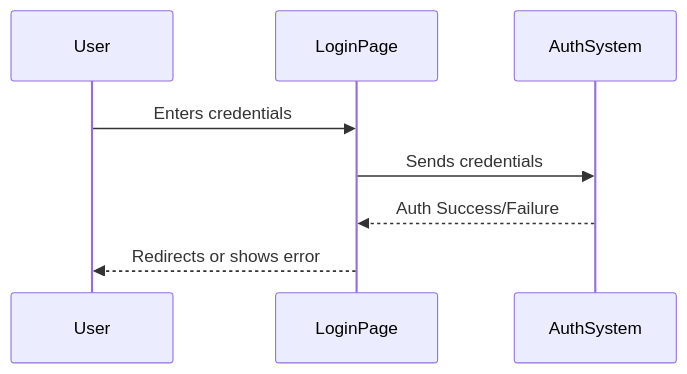
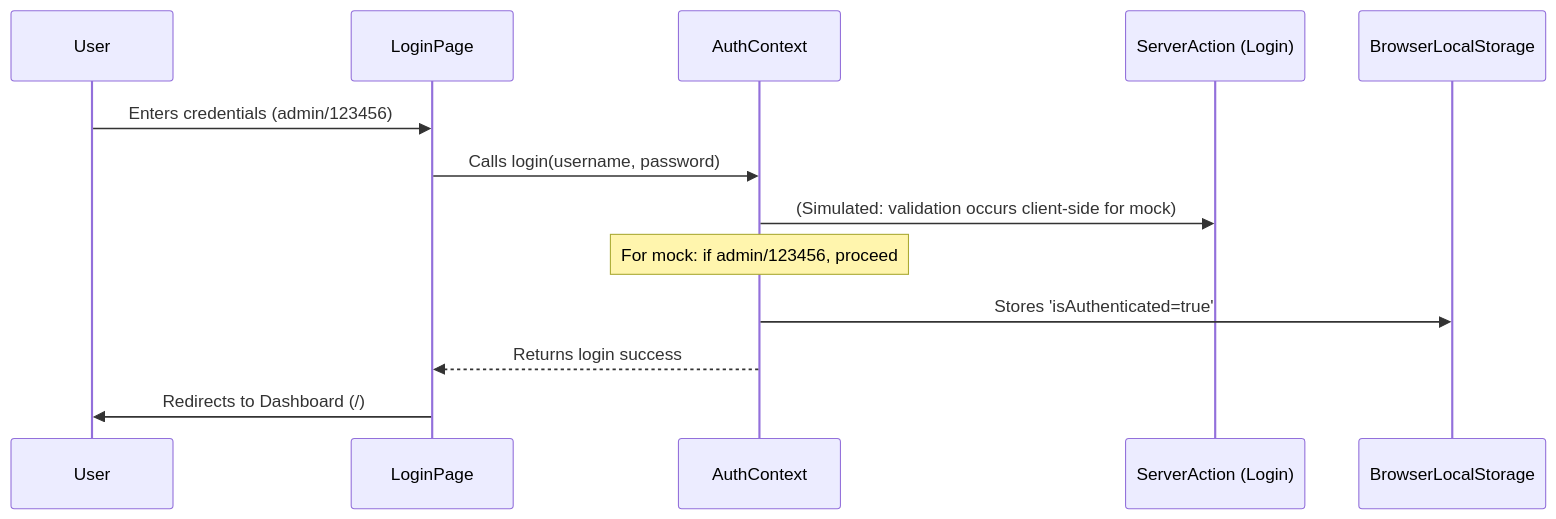
The third of 5 diagrams in spec.md (jackycj0830/studio), drawn with Mermaid before and after one commit. The commit also changed other lines of this file and 5 other files, not shown here.

````diff
--- a/spec.md
+++ b/spec.md
@@ -98,10 +107,16 @@
 ```mermaid
 sequenceDiagram
     participant User
     participant LoginPage
-    participant AuthSystem
-    User->>LoginPage: Enters credentials
-    LoginPage->>AuthSystem: Sends credentials
-    AuthSystem-->>LoginPage: Auth Success/Failure
-    LoginPage-->>User: Redirects or shows error
+    participant AuthContext
+    participant ServerAction (Login)
+    participant BrowserLocalStorage
+
+    User->>LoginPage: Enters credentials (admin/123456)
+    LoginPage->>AuthContext: Calls login(username, password)
+    AuthContext->>ServerAction (Login): (Simulated: validation occurs client-side for mock)
+    Note over AuthContext: For mock: if admin/123456, proceed
+    AuthContext->>BrowserLocalStorage: Stores 'isAuthenticated=true'
+    AuthContext-->>LoginPage: Returns login success
+    LoginPage->>User: Redirects to Dashboard (/)
 ```
````
